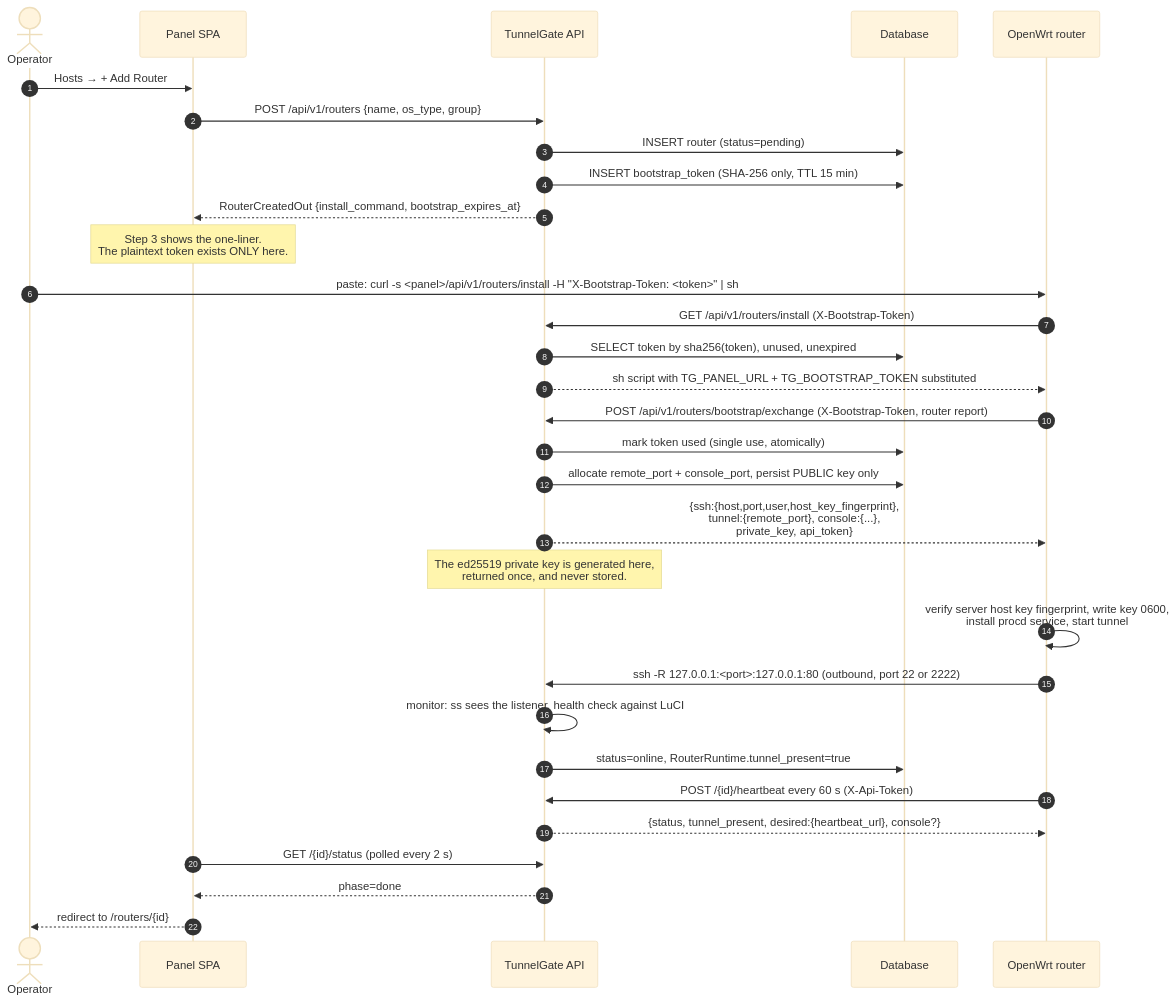
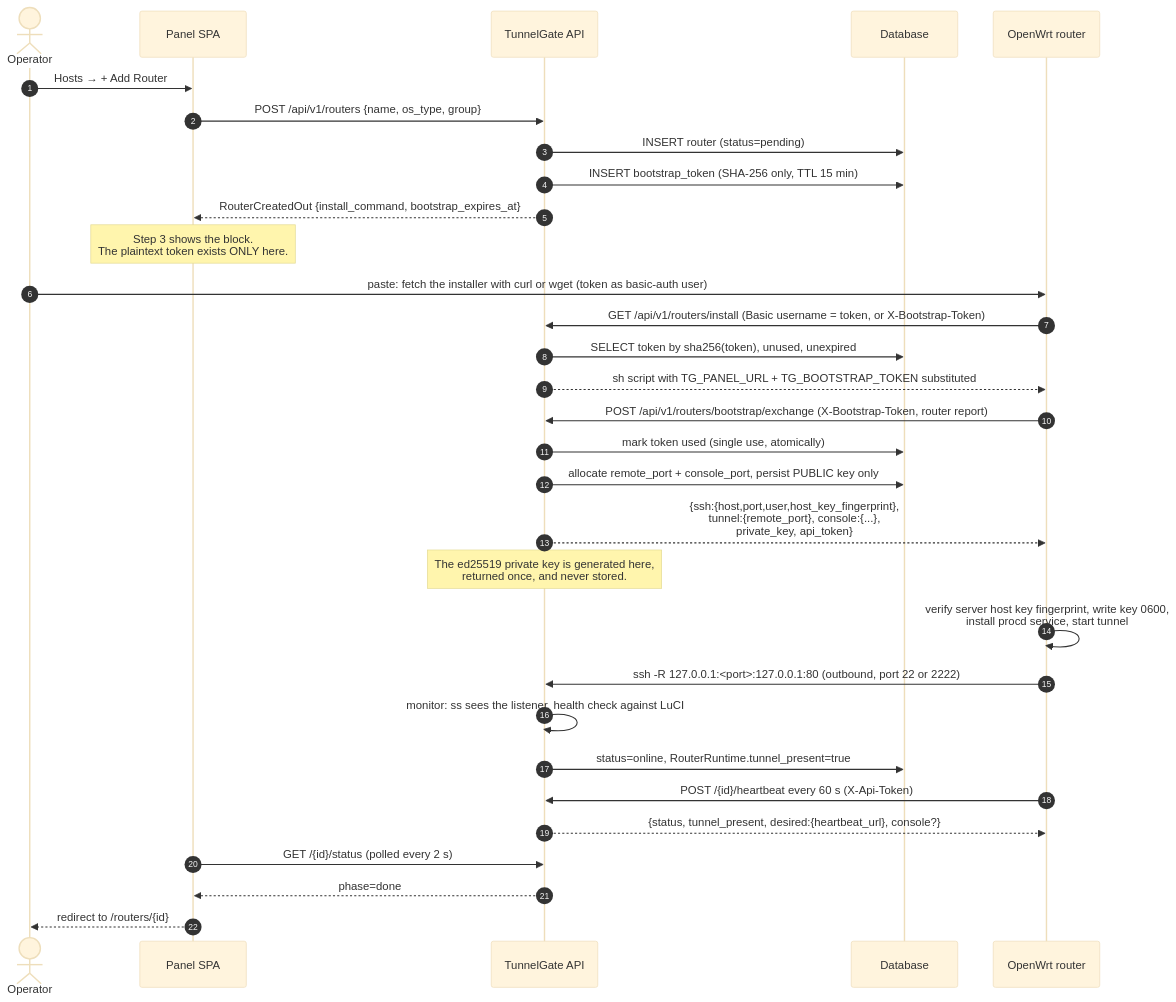
The second of 7 diagrams in docs/ARCHITECTURE.md (Ghost-in-the-dark/tunnelgate), drawn with Mermaid (base theme) before and after one commit. The commit also changed other lines of this file and 47 other files, not shown here.

````diff
--- a/docs/ARCHITECTURE.md
+++ b/docs/ARCHITECTURE.md
@@ -89,34 +89,34 @@
 ```mermaid
 sequenceDiagram
     autonumber
     actor OP as Operator
     participant UI as Panel SPA
     participant API as TunnelGate API
     participant DB as Database
     participant R as OpenWrt router
 
     OP->>UI: Hosts → + Add Router
     UI->>API: POST /api/v1/routers {name, os_type, group}
     API->>DB: INSERT router (status=pending)
     API->>DB: INSERT bootstrap_token (SHA-256 only, TTL 15 min)
     API-->>UI: RouterCreatedOut {install_command, bootstrap_expires_at}
-    Note over UI: Step 3 shows the one-liner.<br/>The plaintext token exists ONLY here.
-    OP->>R: paste: curl -s <panel>/api/v1/routers/install -H "X-Bootstrap-Token: <token>" | sh
-    R->>API: GET /api/v1/routers/install (X-Bootstrap-Token)
+    Note over UI: Step 3 shows the block.<br/>The plaintext token exists ONLY here.
+    OP->>R: paste: fetch the installer with curl or wget (token as basic-auth user)
+    R->>API: GET /api/v1/routers/install (Basic username = token, or X-Bootstrap-Token)
     API->>DB: SELECT token by sha256(token), unused, unexpired
     API-->>R: sh script with TG_PANEL_URL + TG_BOOTSTRAP_TOKEN substituted
     R->>API: POST /api/v1/routers/bootstrap/exchange (X-Bootstrap-Token, router report)
     API->>DB: mark token used (single use, atomically)
     API->>DB: allocate remote_port + console_port, persist PUBLIC key only
     API-->>R: {ssh:{host,port,user,host_key_fingerprint},<br/>tunnel:{remote_port}, console:{...},<br/>private_key, api_token}
     Note over API: The ed25519 private key is generated here,<br/>returned once, and never stored.
     R->>R: verify server host key fingerprint, write key 0600,<br/>install procd service, start tunnel
     R->>API: ssh -R 127.0.0.1:<port>:127.0.0.1:80 (outbound, port 22 or 2222)
     API->>API: monitor: ss sees the listener, health check against LuCI
     API->>DB: status=online, RouterRuntime.tunnel_present=true
     R->>API: POST /{id}/heartbeat every 60 s (X-Api-Token)
     API-->>R: {status, tunnel_present, desired:{heartbeat_url}, console?}
     UI->>API: GET /{id}/status (polled every 2 s)
     API-->>UI: phase=done
     UI-->>OP: redirect to /routers/{id}
 ```
````
